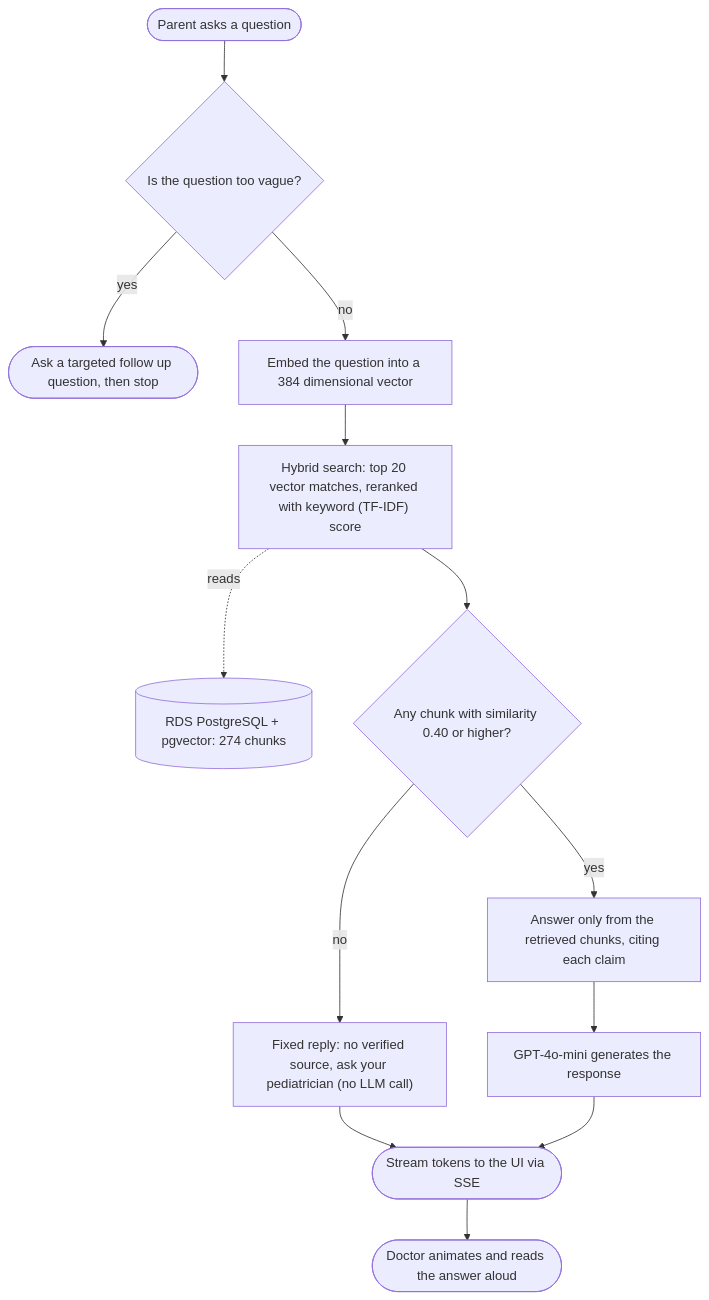
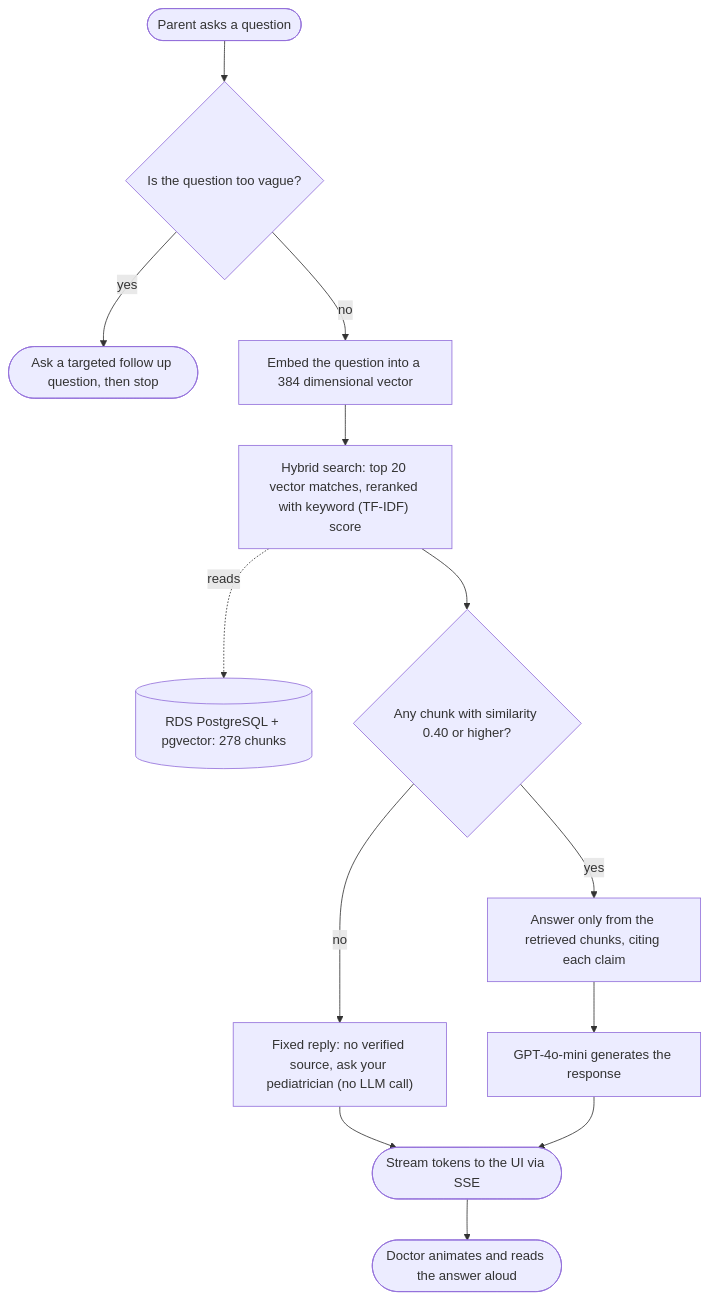
Before and after one commit to Akarsh-Doki/pediatric-ai: the diagram in README.md, drawn with Mermaid. The commit also changed other lines of this file, not shown here.

````diff
--- a/README.md
+++ b/README.md
@@ -66,15 +66,15 @@
 ```mermaid
 flowchart TD
   Q(["Parent asks a question"]) --> AMB{"Is the question too vague?"}
   AMB -->|yes| CLARIFY(["Ask a targeted follow up question, then stop"])
   AMB -->|no| EMBED["Embed the question into a 384 dimensional vector"]
   EMBED --> RETR["Hybrid search: top 20 vector matches, reranked with keyword (TF-IDF) score"]
-  RETR -. reads .-> DB[("RDS PostgreSQL + pgvector: 274 chunks")]
+  RETR -. reads .-> DB[("RDS PostgreSQL + pgvector: 278 chunks")]
   RETR --> CONF{"Any chunk with similarity 0.40 or higher?"}
   CONF -->|no| REFUSE["Fixed reply: no verified source, ask your pediatrician (no LLM call)"]
   CONF -->|yes| GROUND["Answer only from the retrieved chunks, citing each claim"]
   GROUND --> LLM["GPT-4o-mini generates the response"]
   REFUSE --> STREAM(["Stream tokens to the UI via SSE"])
   LLM --> STREAM
   STREAM --> DOC(["Doctor animates and reads the answer aloud"])
 ```
````
